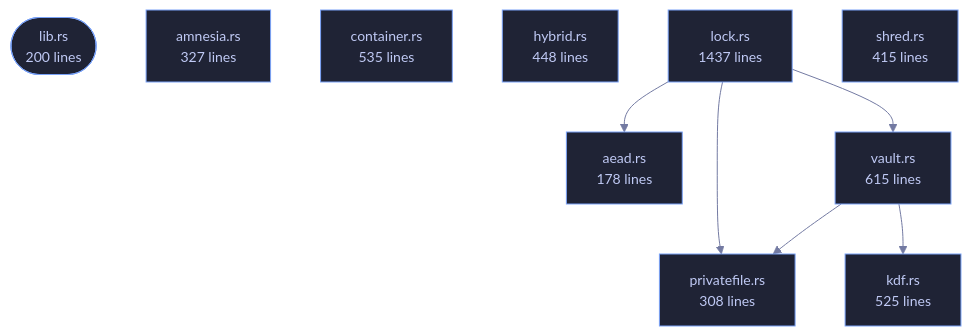
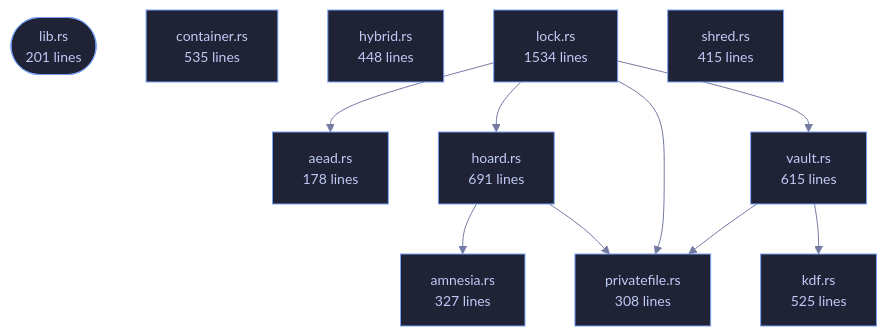
The diagram in crates/veilvoice-crypto/README.md (tilas01/veilvoice), drawn with Mermaid before and after one commit. The commit also changed other lines of this file and 82 other files, not shown here.

````diff
--- a/crates/veilvoice-crypto/README.md
+++ b/crates/veilvoice-crypto/README.md
@@ -108,29 +108,34 @@
 ```mermaid
 %%{init: {"theme":"base","themeVariables":{"background":"#1a1b26","primaryColor":"#1f2335","primaryTextColor":"#c0caf5","primaryBorderColor":"#7aa2f7","secondaryColor":"#16161e","tertiaryColor":"#16161e","lineColor":"#737aa2","textColor":"#c0caf5","mainBkg":"#1f2335","nodeBorder":"#7aa2f7","clusterBkg":"#16161e","clusterBorder":"#2f3549","fontFamily":"ui-monospace, SFMono-Regular, Consolas, monospace","fontSize":"14px"}}}%%
 flowchart TD
-    n_lib(["lib.rs<br/>200 lines"])
+    n_lib(["lib.rs<br/>201 lines"])
     n_aead["aead.rs<br/>178 lines"]
     n_amnesia["amnesia.rs<br/>327 lines"]
     n_container["container.rs<br/>535 lines"]
+    n_hoard["hoard.rs<br/>691 lines"]
     n_hybrid["hybrid.rs<br/>448 lines"]
     n_kdf["kdf.rs<br/>525 lines"]
-    n_lock["lock.rs<br/>1437 lines"]
+    n_lock["lock.rs<br/>1534 lines"]
     n_privatefile["privatefile.rs<br/>308 lines"]
     n_shred["shred.rs<br/>415 lines"]
     n_vault["vault.rs<br/>615 lines"]
+    n_hoard --> n_amnesia
+    n_hoard --> n_privatefile
     n_lock --> n_aead
+    n_lock --> n_hoard
     n_lock --> n_privatefile
     n_lock --> n_vault
     n_vault --> n_kdf
     n_vault --> n_privatefile
     click n_lib href "https://github.com/tilas01/veilvoice/blob/main/crates/veilvoice-crypto/src/lib.rs" "open the source"
     click n_aead href "https://github.com/tilas01/veilvoice/blob/main/crates/veilvoice-crypto/src/aead.rs" "open the source"
     click n_amnesia href "https://github.com/tilas01/veilvoice/blob/main/crates/veilvoice-crypto/src/amnesia.rs" "open the source"
     click n_container href "https://github.com/tilas01/veilvoice/blob/main/crates/veilvoice-crypto/src/container.rs" "open the source"
+    click n_hoard href "https://github.com/tilas01/veilvoice/blob/main/crates/veilvoice-crypto/src/hoard.rs" "open the source"
     click n_hybrid href "https://github.com/tilas01/veilvoice/blob/main/crates/veilvoice-crypto/src/hybrid.rs" "open the source"
     click n_kdf href "https://github.com/tilas01/veilvoice/blob/main/crates/veilvoice-crypto/src/kdf.rs" "open the source"
     click n_lock href "https://github.com/tilas01/veilvoice/blob/main/crates/veilvoice-crypto/src/lock.rs" "open the source"
     click n_privatefile href "https://github.com/tilas01/veilvoice/blob/main/crates/veilvoice-crypto/src/privatefile.rs" "open the source"
     click n_shred href "https://github.com/tilas01/veilvoice/blob/main/crates/veilvoice-crypto/src/shred.rs" "open the source"
     click n_vault href "https://github.com/tilas01/veilvoice/blob/main/crates/veilvoice-crypto/src/vault.rs" "open the source"
 ```
````
